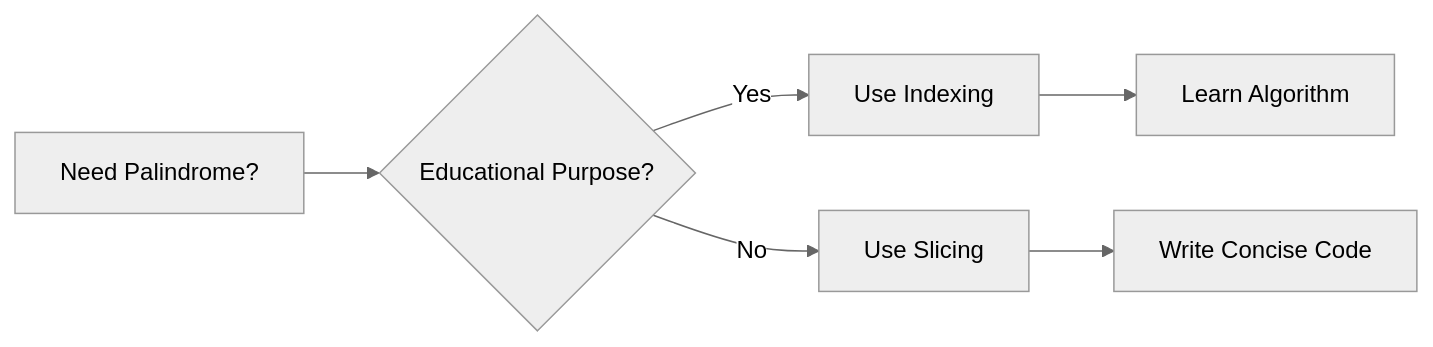
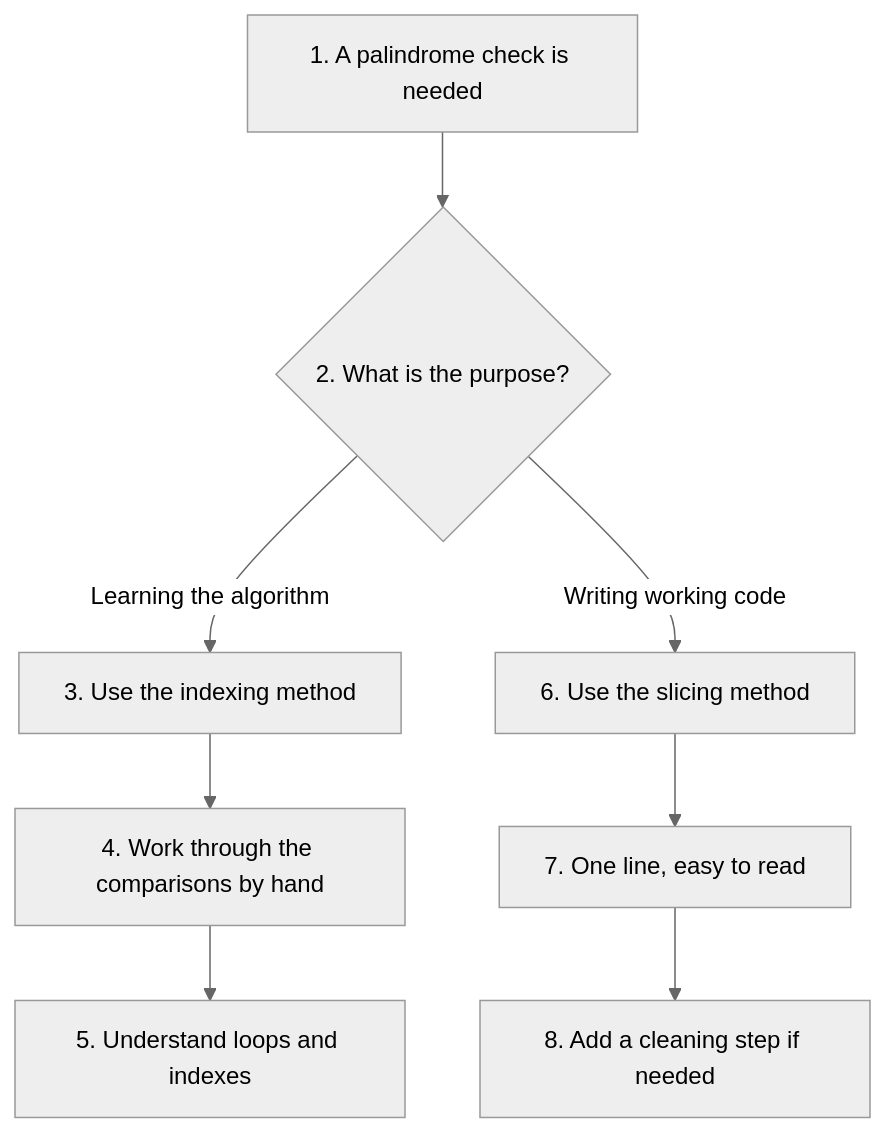
Diagram 17 of 18 in docs/17-strings/080-ch17-conceptual-qa.md (ag999git/001-mkdocs), drawn with Mermaid (neutral theme) before and after one commit. The commit also changed other lines of this file, not shown here.

````diff
--- a/docs/17-strings/080-ch17-conceptual-qa.md
+++ b/docs/17-strings/080-ch17-conceptual-qa.md
@@ -2190,15 +4588,10 @@
 ```mermaid
-flowchart LR
-
-A["Need Palindrome?"]
-
-A --> B{"Educational Purpose?"}
-
-B -->|Yes| C["Use Indexing"]
-
-B -->|No| D["Use Slicing"]
-
-C --> E["Learn Algorithm"]
-
-D --> F["Write Concise Code"]
+flowchart TD
+    A["1. A palindrome check is needed"] --> B{"2. What is the purpose?"}
+    B -->|"Learning the algorithm"| C["3. Use the indexing method"]
+    C --> D["4. Work through the comparisons by hand"]
+    D --> E["5. Understand loops and indexes"]
+    B -->|"Writing working code"| F["6. Use the slicing method"]
+    F --> G["7. One line, easy to read"]
+    G --> H["8. Add a cleaning step if needed"]
 ```
````
